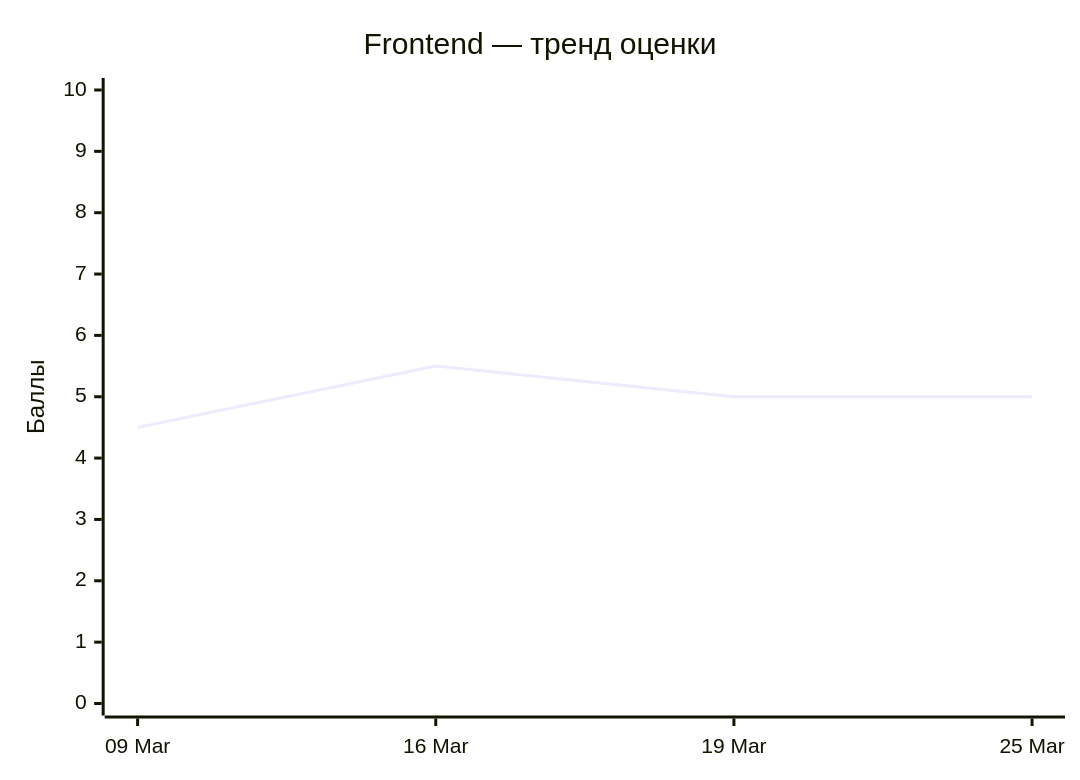
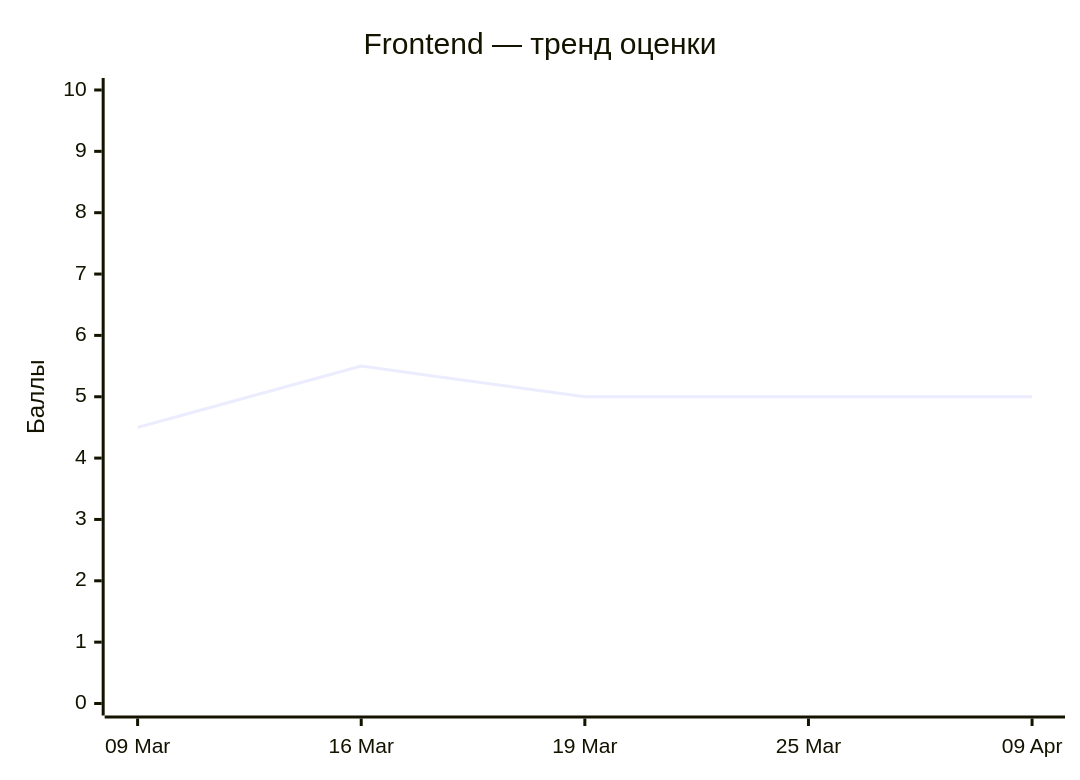
The first of 4 diagrams in CodeQualityStatus/status.md (ngKittyDebug/RS-Tandem-ngKittyDebug), drawn with Mermaid before and after one commit. The commit also changed other lines of this file and 2 other files, not shown here.

````diff
--- a/CodeQualityStatus/status.md
+++ b/CodeQualityStatus/status.md
@@ -106,7 +104,7 @@
 ```mermaid
 xychart-beta
     title "Frontend — тренд оценки"
-    x-axis ["09 Mar", "16 Mar", "19 Mar", "25 Mar"]
+    x-axis ["09 Mar", "16 Mar", "19 Mar", "25 Mar", "09 Apr"]
     y-axis "Баллы" 0 --> 10
-    line [4.5, 5.5, 5.0, 5.0]
+    line [4.5, 5.5, 5.0, 5.0, 5.0]
 ```
````
